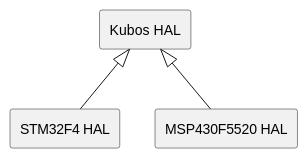
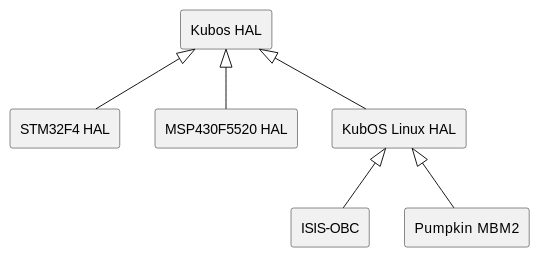
One commit to kubos/kubos changed the diagram in docs/kubos-hal/index.rst. Above: the diagram before and after it, drawn with PlantUML. The commit also changed other lines of this file and 5 other files, not shown here.

```diff
--- a/docs/kubos-hal/index.rst
+++ b/docs/kubos-hal/index.rst
@@ -14,9 +18,15 @@
 .. uml::
 
    @startuml
    rectangle "Kubos HAL" as kubos
    rectangle "STM32F4 HAL" as stm32f4
    rectangle "MSP430F5520 HAL" as msp430
+   rectangle "KubOS Linux HAL" as linux
+   rectangle "ISIS-OBC" as iobc
+   rectangle "Pumpkin MBM2" as mbm2
    kubos <|-- stm32f4
    kubos <|-- msp430
+   kubos <|-- linux
+   linux <|-- iobc
+   linux <|-- mbm2
    @enduml
```
